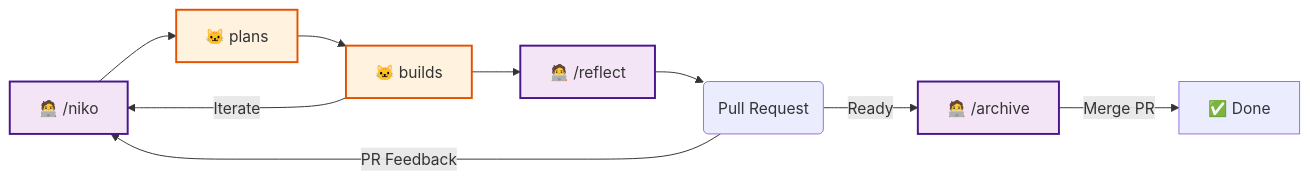
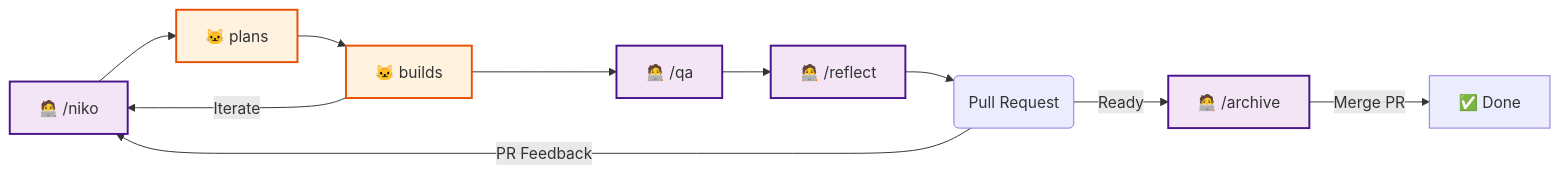
The third of 4 diagrams in rulesets/niko/README.md (Texarkanine/.cursor-rules), drawn with Mermaid before and after one commit. The commit also changed other lines of this file and 22 other files, not shown here.

````diff
--- a/rulesets/niko/README.md
+++ b/rulesets/niko/README.md
@@ -120,18 +121,19 @@
 ```mermaid
 graph LR
     Niko["🧑‍💻 /niko"] --> NikoPlan["🐱 plans"]
     NikoPlan --> NikoBuild["🐱 builds"]
 	NikoBuild --"Iterate"-->Niko
-    NikoBuild --> Reflect["🧑‍💻 /reflect"]
+    NikoBuild --> QA["🧑‍💻 /qa"]
+    QA --> Reflect["🧑‍💻 /reflect"]
     Reflect --> PullRequest("Pull Request")
 	PullRequest --"PR Feedback"-->Niko
 	PullRequest --"Ready"--> Archive["🧑‍💻 /archive"]
     Archive --"Merge PR"--> Done["✅ Done"]
 
 	%% --- STYLING ---
 	classDef humanNode fill:#f3e5f5,stroke:#4a148c,stroke-width:2px;
 	classDef aiNode fill:#fff3e0,stroke:#e65100,stroke-width:2px;
 
-	class Niko,Creative,QA,ManBuild,Reflect,Archive humanNode;
+	class Niko,Creative,Preflight,QA,ManBuild,Reflect,Archive humanNode;
 	class NikoPlan,NikoBuild aiNode;
 ```
````
